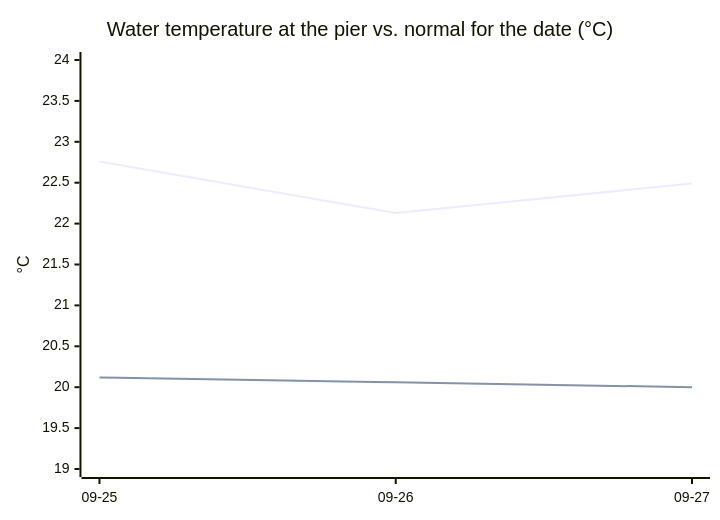
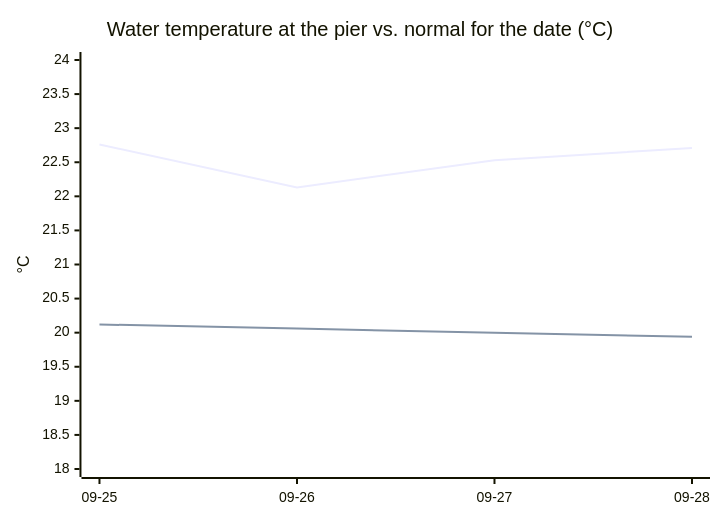
The third of 3 diagrams in README.md (joshuafrommeyer-35/PierTracker), drawn with Mermaid before and after one commit. The commit also changed other lines of this file and 29 other files, not shown here.

````diff
--- a/README.md
+++ b/README.md
@@ -135,8 +140,8 @@
 ```mermaid
 xychart-beta
     title "Water temperature at the pier vs. normal for the date (°C)"
-    x-axis ["09-25", "09-26", "09-27"]
-    y-axis "°C" 19 --> 24
-    line [22.76, 22.13, 22.49]
-    line [20.12, 20.06, 20.0]
+    x-axis ["09-25", "09-26", "09-27", "09-28"]
+    y-axis "°C" 18 --> 24
+    line [22.76, 22.13, 22.53, 22.71]
+    line [20.12, 20.06, 20.0, 19.94]
 ```
````
